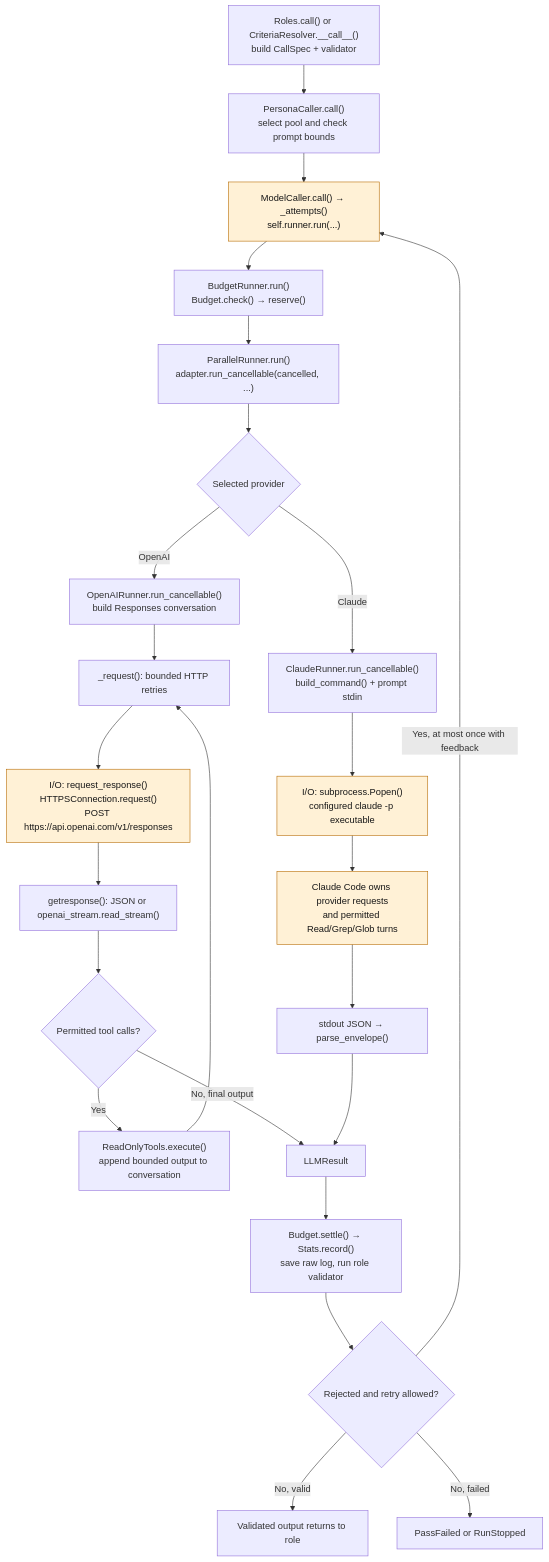
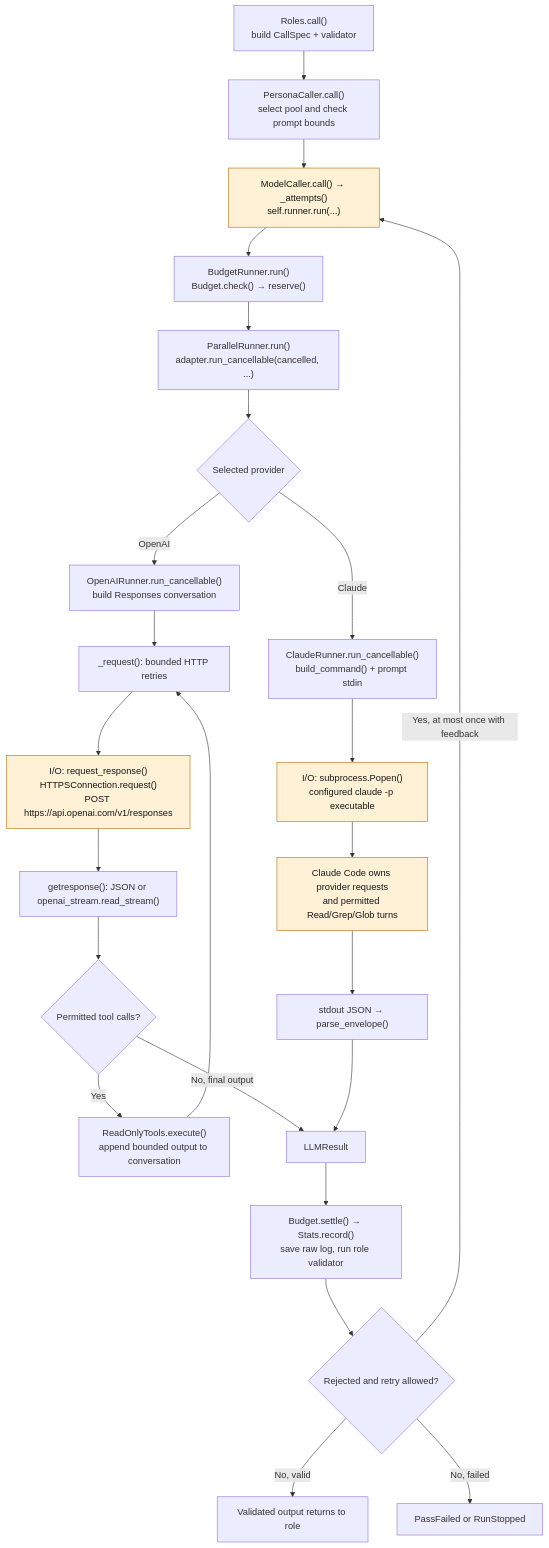
One commit to sskelkar/code-reviewer changed the fourth of 6 diagrams in docs/project-explainer.md. Above: the diagram before and after it, drawn with Mermaid. The commit also changed other lines of this file and 43 other files, not shown here.

````diff
--- a/docs/project-explainer.md
+++ b/docs/project-explainer.md
@@ -149,28 +149,28 @@
 ```mermaid
 flowchart TD
-    ROLE["Roles.call() or CriteriaResolver.__call__()<br/>build CallSpec + validator"] --> CALL["PersonaCaller.call()<br/>select pool and check prompt bounds"]
+    ROLE["Roles.call()<br/>build CallSpec + validator"] --> CALL["PersonaCaller.call()<br/>select pool and check prompt bounds"]
     CALL --> SHARED["ModelCaller.call() → _attempts()<br/>self.runner.run(...)"]
     SHARED --> BUDGET["BudgetRunner.run()<br/>Budget.check() → reserve()"]
     BUDGET --> PARALLEL["ParallelRunner.run()<br/>adapter.run_cancellable(cancelled, ...)"]
     PARALLEL --> CHOICE{"Selected provider"}
     CHOICE -->|Claude| NATIVE["ClaudeRunner.run_cancellable()<br/>build_command() + prompt stdin"]
     NATIVE --> PROCESS["I/O: subprocess.Popen()<br/>configured claude -p executable"]
     PROCESS --> PROVIDER["Claude Code owns provider requests<br/>and permitted Read/Grep/Glob turns"]
     PROVIDER --> PARSE["stdout JSON → parse_envelope()"]
     CHOICE -->|OpenAI| API["OpenAIRunner.run_cancellable()<br/>build Responses conversation"]
     API --> REQUEST["_request(): bounded HTTP retries"]
     REQUEST --> HTTP["I/O: request_response()<br/>HTTPSConnection.request()<br/>POST https://api.openai.com/v1/responses"]
     HTTP --> RESPONSE["getresponse(): JSON or openai_stream.read_stream()"]
     RESPONSE --> TOOLS{"Permitted tool calls?"}
     TOOLS -->|Yes| FILES["ReadOnlyTools.execute()<br/>append bounded output to conversation"]
     FILES --> REQUEST
     TOOLS -->|No, final output| RESULT["LLMResult"]
     PARSE --> RESULT
     RESULT --> ACCOUNT["Budget.settle() → Stats.record()<br/>save raw log, run role validator"]
     ACCOUNT --> RETRY{"Rejected and retry allowed?"}
     RETRY -->|Yes, at most once with feedback| SHARED
     RETRY -->|No, valid| RETURN["Validated output returns to role"]
     RETRY -->|No, failed| FAIL["PassFailed or RunStopped"]
     classDef llm fill:#fff1d6,stroke:#b76b00,color:#171717
     class SHARED,PROCESS,PROVIDER,HTTP llm
 ```
````
